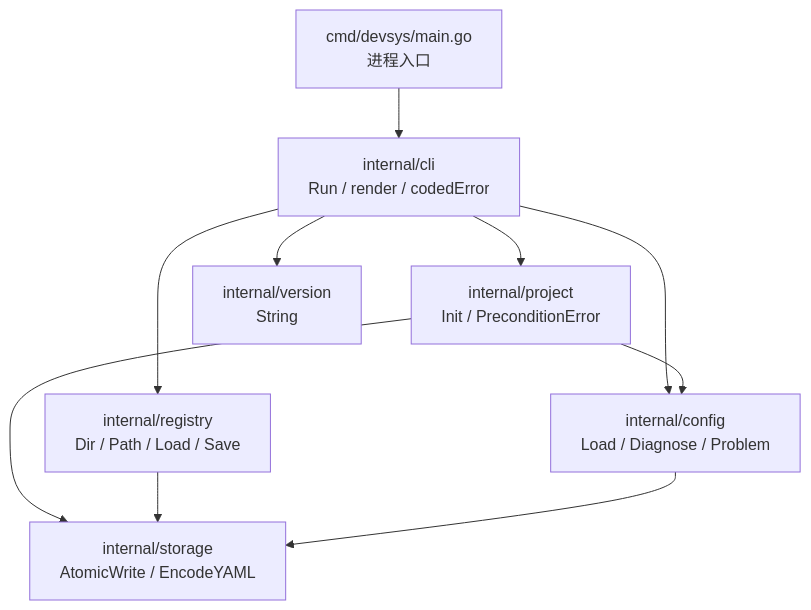
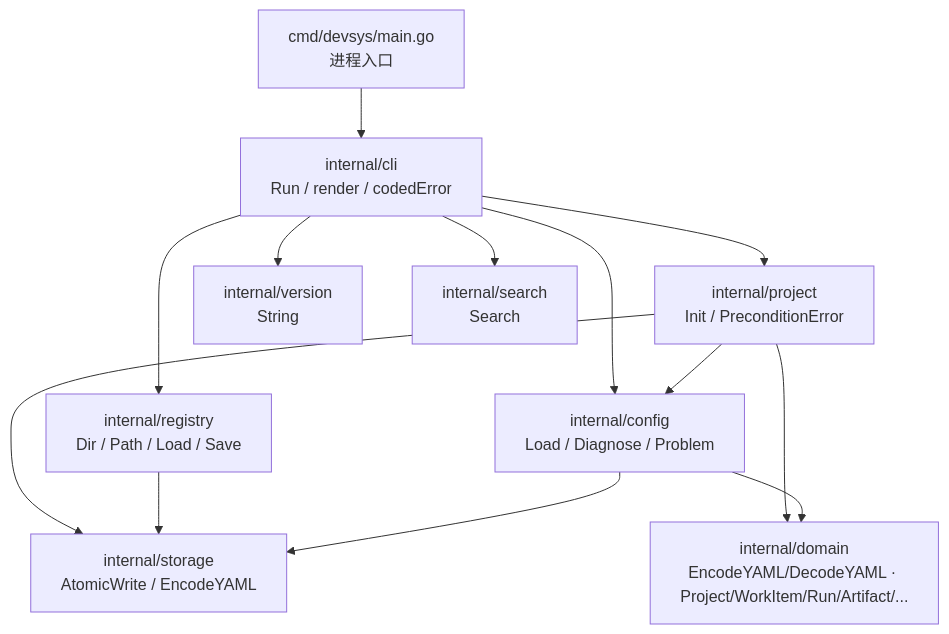
One commit to JAYY513/Workloom changed the first of 3 diagrams in docs/repowiki/knowledge/项目接入与配置/架构设计.md. Above: the diagram before and after it, drawn with Mermaid. The commit also changed other lines of this file and 22 other files, not shown here.

````diff
--- a/docs/repowiki/knowledge/项目接入与配置/架构设计.md
+++ b/docs/repowiki/knowledge/项目接入与配置/架构设计.md
@@ -20,12 +21,15 @@
 ```mermaid
 flowchart TB
   Main["cmd/devsys/main.go<br/>进程入口"] --> CLI["internal/cli<br/>Run / render / codedError"]
   CLI --> Project["internal/project<br/>Init / PreconditionError"]
   CLI --> Registry["internal/registry<br/>Dir / Path / Load / Save"]
   CLI --> Config["internal/config<br/>Load / Diagnose / Problem"]
   CLI --> Version["internal/version<br/>String"]
+  CLI --> Search["internal/search<br/>Search"]
   Project --> Config
+  Project --> Domain["internal/domain<br/>EncodeYAML/DecodeYAML · Project/WorkItem/Run/Artifact/..."]
   Project --> Storage["internal/storage<br/>AtomicWrite / EncodeYAML"]
   Registry --> Storage
   Config --> Storage
+  Config --> Domain
 ```
````
